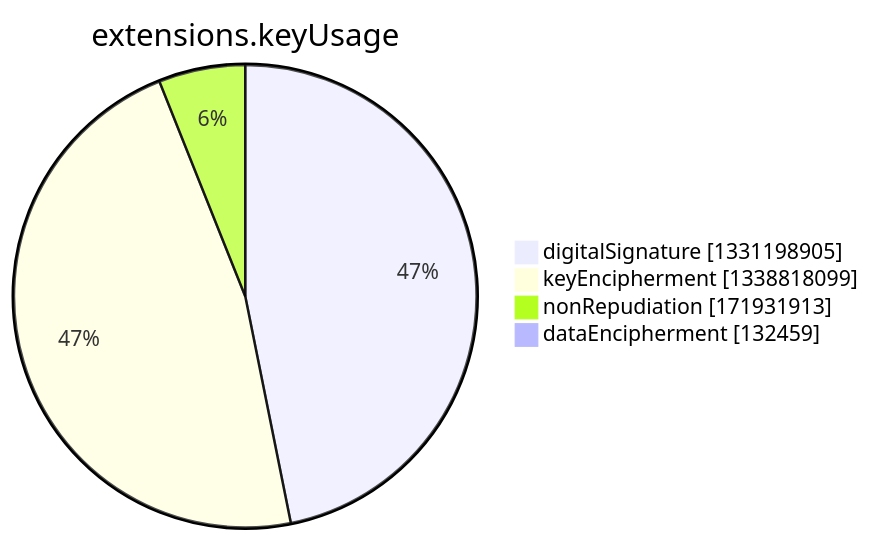
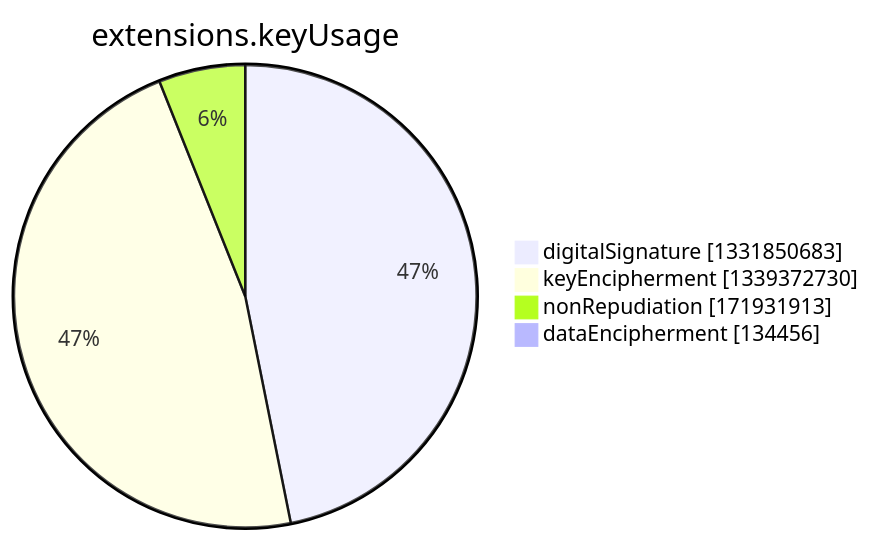
Before and after one commit to christiankrug/ctmonitor_visualization: the seventh of 15 diagrams in argon2022/README.md, drawn with Mermaid. The commit also changed other lines of this file, not shown here.

````diff
--- a/argon2022/README.md
+++ b/argon2022/README.md
@@ -2750,8 +2750,8 @@
 ```mermaid
 pie showData
 title extensions.keyUsage
-"digitalSignature" :1331198905
-"keyEncipherment" :1338818099
+"digitalSignature" :1331850683
+"keyEncipherment" :1339372730
 "nonRepudiation" :171931913
-"dataEncipherment" :132459
+"dataEncipherment" :134456
 ```
````
